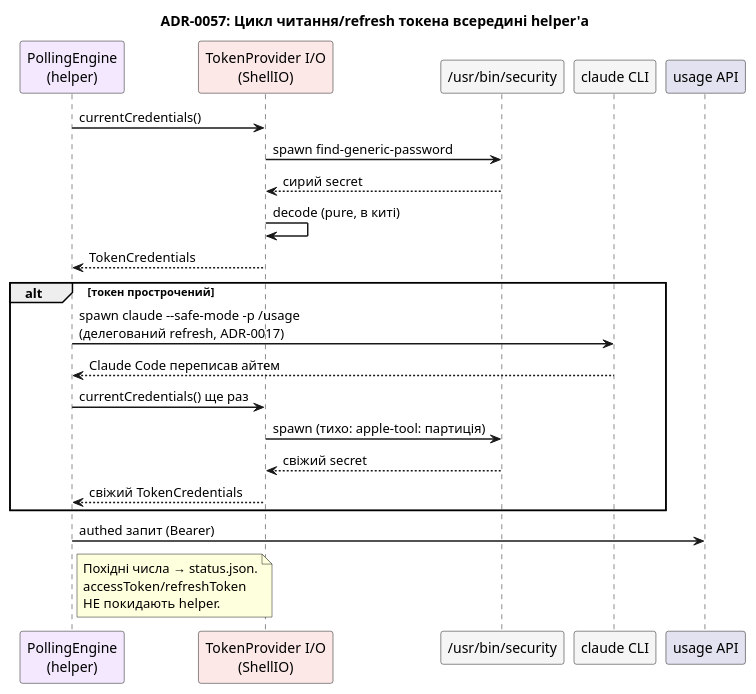
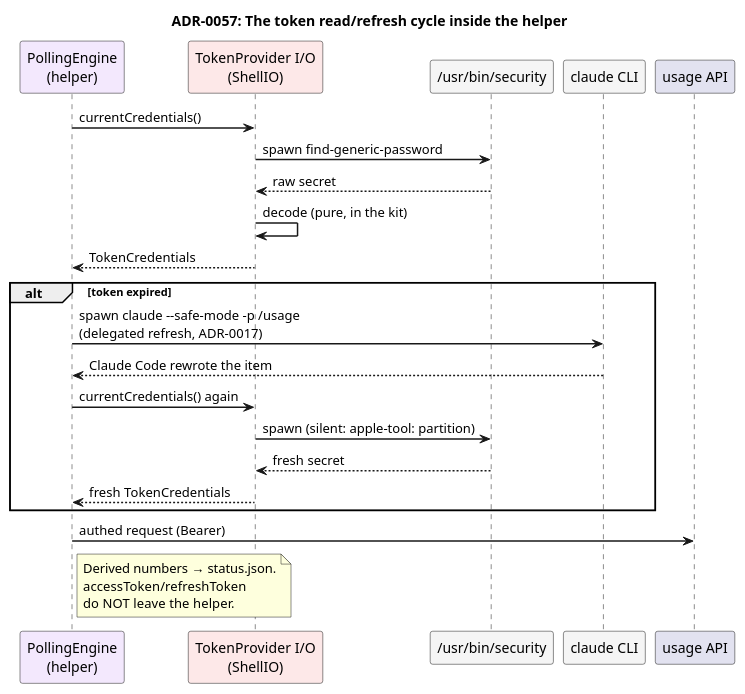
The diagram in docs/adr/0057-token-provider-io-into-helper.md (artem-from-ua/tokenpace), drawn with PlantUML before and after one commit. The commit also changed other lines of this file and 116 other files, not shown here.

````diff
--- a/docs/adr/0057-token-provider-io-into-helper.md
+++ b/docs/adr/0057-token-provider-io-into-helper.md
@@ -42,35 +44,35 @@
 ```plantuml
 @startuml
-title ADR-0057: Цикл читання/refresh токена всередині helper'а
+title ADR-0057: The token read/refresh cycle inside the helper
 skinparam sequenceArrowThickness 1.5
 skinparam LifeLineBorderColor #C0C0C0
 
 participant "PollingEngine\n(helper)" as Engine #F3E8FD
 participant "TokenProvider I/O\n(ShellIO)" as TP #FDE8E8
 participant "/usr/bin/security" as Sec #F5F5F5
 participant "claude CLI" as CLI #F5F5F5
 participant "usage API" as API
 
 Engine -> TP : currentCredentials()
 TP -> Sec : spawn find-generic-password
-Sec --> TP : сирий secret
-TP -> TP : decode (pure, в киті)
+Sec --> TP : raw secret
+TP -> TP : decode (pure, in the kit)
 TP --> Engine : TokenCredentials
 
-alt токен прострочений
-  Engine -> CLI : spawn claude --safe-mode -p /usage\n(делегований refresh, ADR-0017)
-  CLI --> Engine : Claude Code переписав айтем
-  Engine -> TP : currentCredentials() ще раз
-  TP -> Sec : spawn (тихо: apple-tool: партиція)
-  Sec --> TP : свіжий secret
-  TP --> Engine : свіжий TokenCredentials
+alt token expired
+  Engine -> CLI : spawn claude --safe-mode -p /usage\n(delegated refresh, ADR-0017)
+  CLI --> Engine : Claude Code rewrote the item
+  Engine -> TP : currentCredentials() again
+  TP -> Sec : spawn (silent: apple-tool: partition)
+  Sec --> TP : fresh secret
+  TP --> Engine : fresh TokenCredentials
 end
 
-Engine -> API : authed запит (Bearer)
+Engine -> API : authed request (Bearer)
 note right of Engine
-  Похідні числа → status.json.
+  Derived numbers → status.json.
   accessToken/refreshToken
-  НЕ покидають helper.
+  do NOT leave the helper.
 end note
 @enduml
 ```
````
